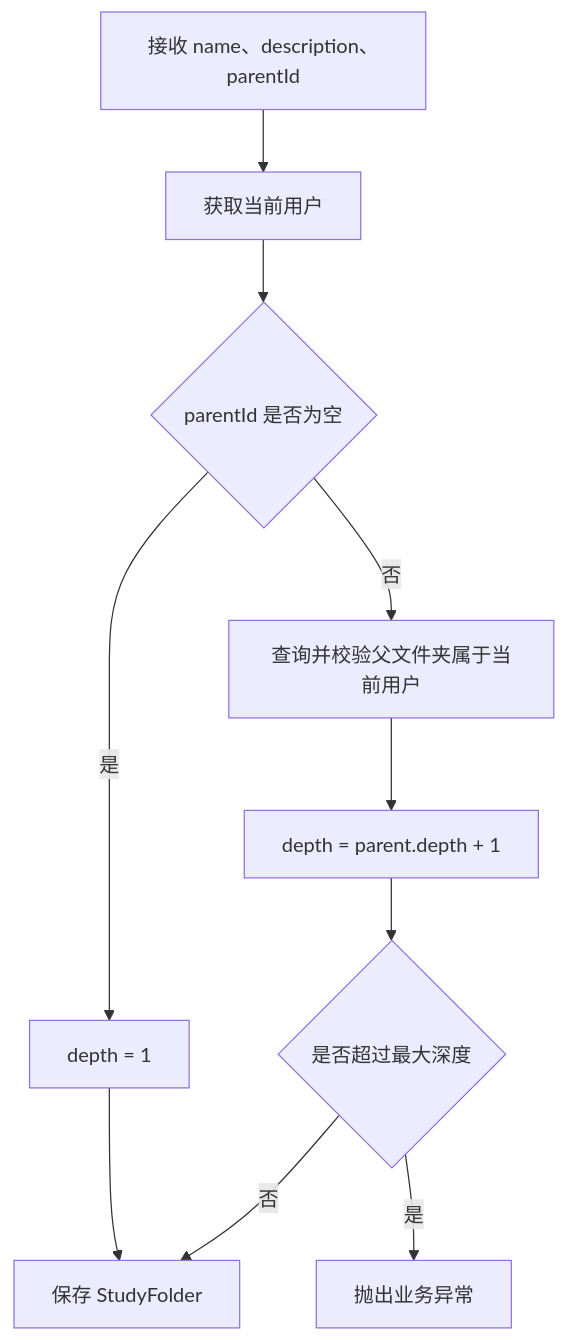
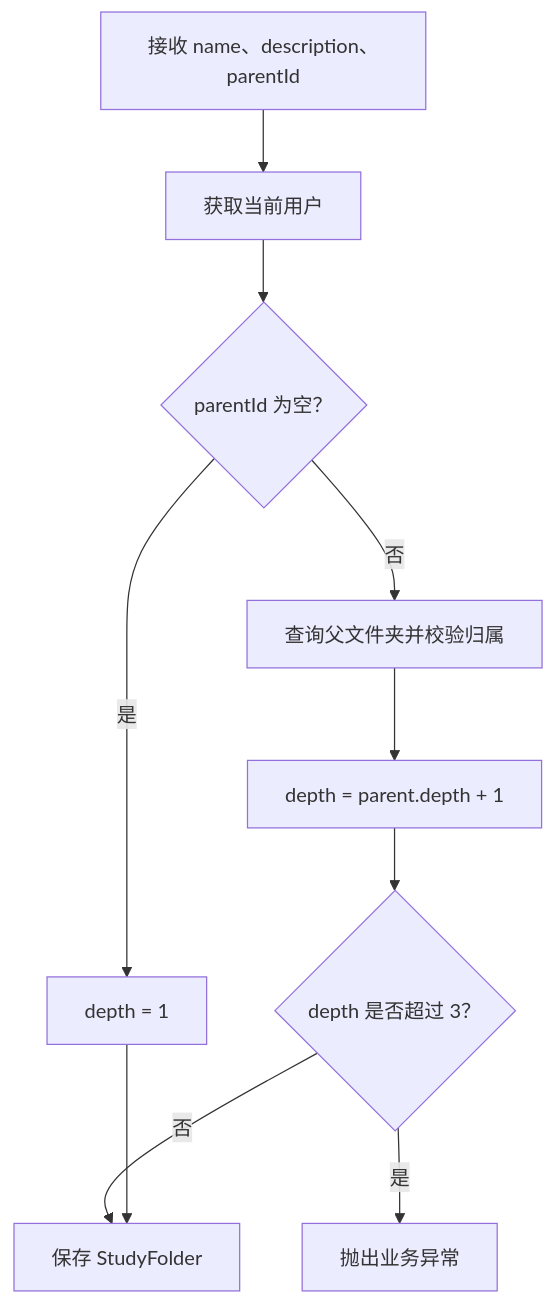
One commit to LinHonk1128/ips_java changed the second of 6 diagrams in docs/05-detailed-design.md. Above: the diagram before and after it, drawn with Mermaid. The commit also changed other lines of this file and 48 other files, not shown here.

````diff
--- a/docs/05-detailed-design.md
+++ b/docs/05-detailed-design.md
@@ -51,12 +68,12 @@
 ```mermaid
 flowchart TD
     A["接收 name、description、parentId"] --> B["获取当前用户"]
-    B --> C{"parentId 是否为空"}
+    B --> C{"parentId 为空？"}
     C -- "是" --> D["depth = 1"]
-    C -- "否" --> E["查询并校验父文件夹属于当前用户"]
+    C -- "否" --> E["查询父文件夹并校验归属"]
     E --> F["depth = parent.depth + 1"]
-    F --> G{"是否超过最大深度"}
-    D --> H["保存 StudyFolder"]
-    G -- "否" --> H
-    G -- "是" --> I["抛出业务异常"]
+    F --> G{"depth 是否超过 3？"}
+    G -- "是" --> H["抛出业务异常"]
+    G -- "否" --> I["保存 StudyFolder"]
+    D --> I
 ```
````
